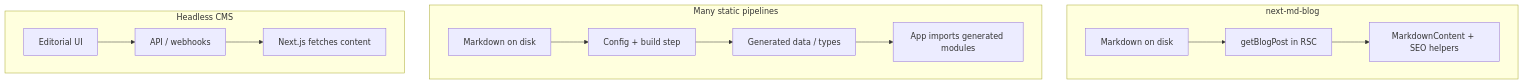
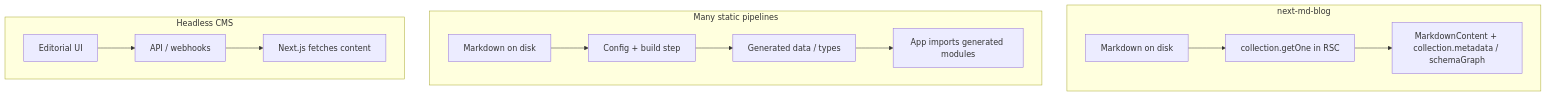
One commit to next-md-blog/next-md-blog changed the diagram in docs/content/comparison.mdx. Above: the diagram before and after it, drawn with Mermaid. The commit also changed 31 other files, not shown here.

````diff
--- a/docs/content/comparison.mdx
+++ b/docs/content/comparison.mdx
@@ -22,22 +22,22 @@
 ```mermaid
 flowchart TB
   subgraph nmb["next-md-blog"]
     n1["Markdown on disk"]
-    n2["getBlogPost in RSC"]
-    n3["MarkdownContent + SEO helpers"]
+    n2["collection.getOne in RSC"]
+    n3["MarkdownContent + collection.metadata / schemaGraph"]
     n1 --> n2 --> n3
   end
   subgraph pipe["Many static pipelines"]
     p1["Markdown on disk"]
     p2["Config + build step"]
     p3["Generated data / types"]
     p4["App imports generated modules"]
     p1 --> p2 --> p3 --> p4
   end
   subgraph cms["Headless CMS"]
     c1["Editorial UI"]
     c2["API / webhooks"]
     c3["Next.js fetches content"]
     c1 --> c2 --> c3
   end
 ```
````
